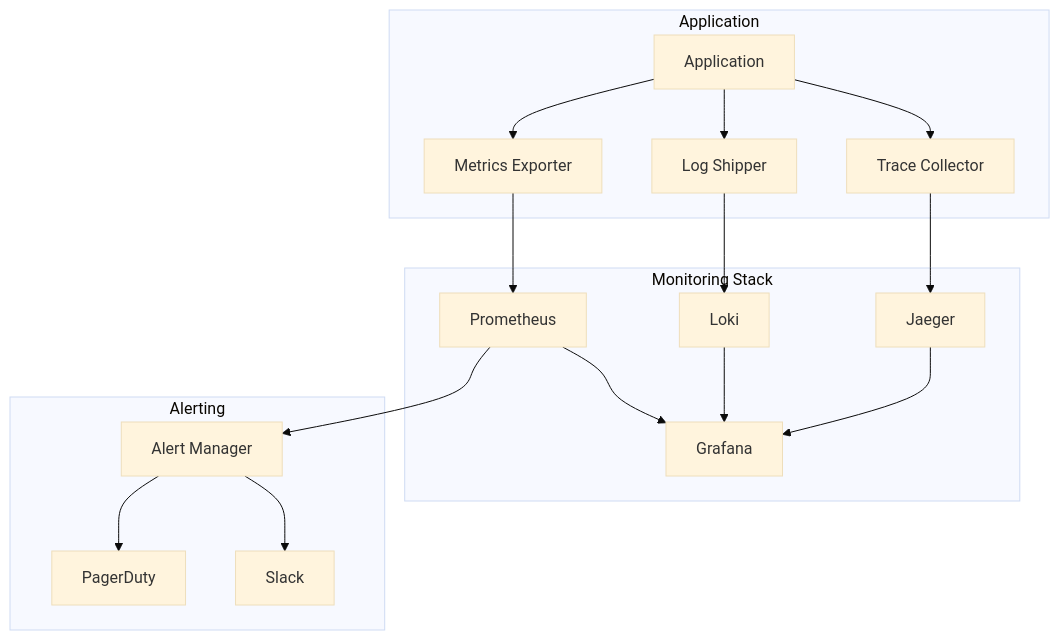
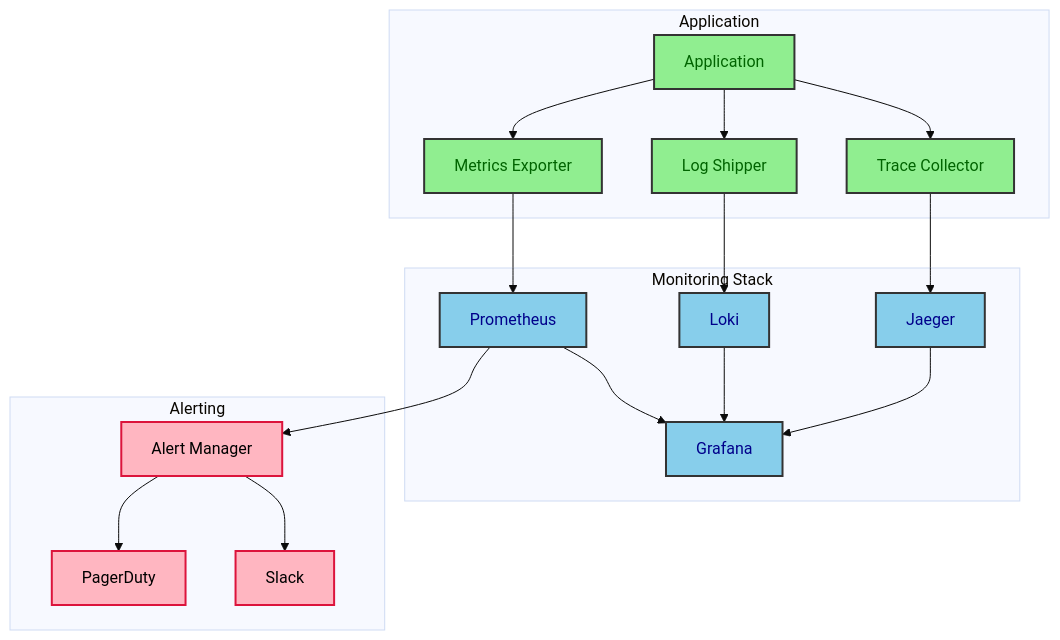
One commit to kasiopeiya/claude-dev-template changed diagram 15 of 18 in .claude/skills/design-doc-mermaid/assets/system-design-template.md. Above: the diagram before and after it, drawn with Mermaid (base theme). The commit also changed other lines of this file and 5 other files, not shown here.

````diff
--- a/.claude/skills/design-doc-mermaid/assets/system-design-template.md
+++ b/.claude/skills/design-doc-mermaid/assets/system-design-template.md
@@ -554,38 +602,46 @@
 ```mermaid
 graph TB
     subgraph "Application"
         App[Application]
         Metrics[Metrics Exporter]
         Logs[Log Shipper]
         Traces[Trace Collector]
     end
 
     subgraph "Monitoring Stack"
         Prometheus[Prometheus]
         Loki[Loki]
         Jaeger[Jaeger]
         Grafana[Grafana]
     end
 
     subgraph "Alerting"
         AlertManager[Alert Manager]
         PagerDuty[PagerDuty]
         Slack[Slack]
     end
 
     App --> Metrics
     App --> Logs
     App --> Traces
 
     Metrics --> Prometheus
     Logs --> Loki
     Traces --> Jaeger
 
     Prometheus --> Grafana
     Loki --> Grafana
     Jaeger --> Grafana
 
     Prometheus --> AlertManager
     AlertManager --> PagerDuty
     AlertManager --> Slack
+
+    classDef app fill:#90EE90,stroke:#333,stroke-width:2px,color:darkgreen
+    classDef stack fill:#87CEEB,stroke:#333,stroke-width:2px,color:darkblue
+    classDef alert fill:#FFB6C1,stroke:#DC143C,stroke-width:2px,color:black
+
+    class App,Metrics,Logs,Traces app
+    class Prometheus,Loki,Jaeger,Grafana stack
+    class AlertManager,PagerDuty,Slack alert
 ```
````
